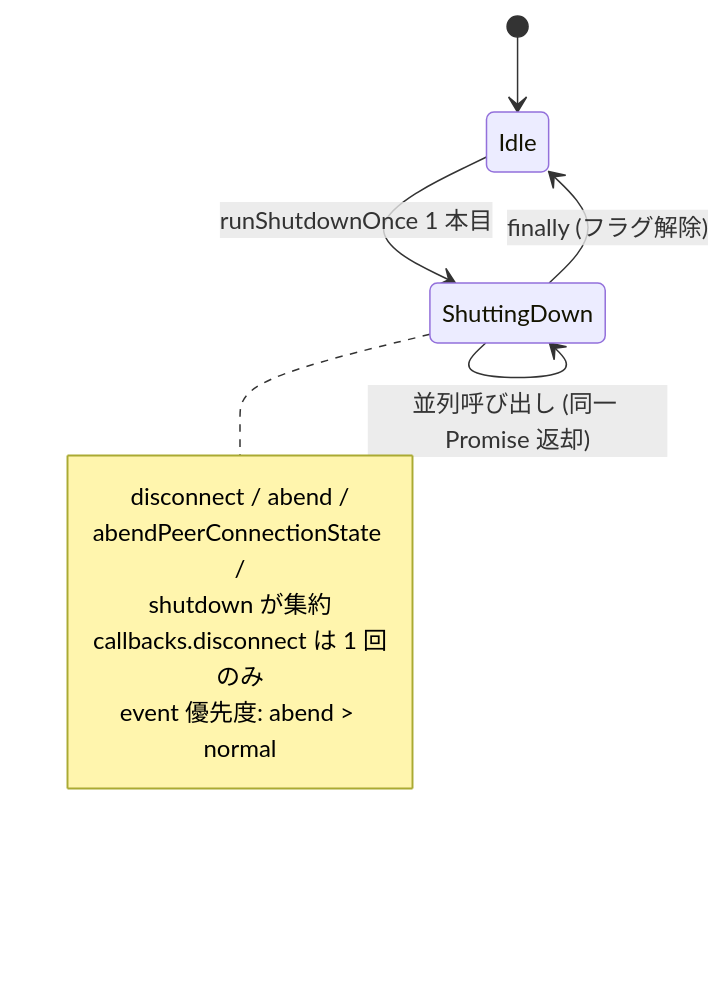
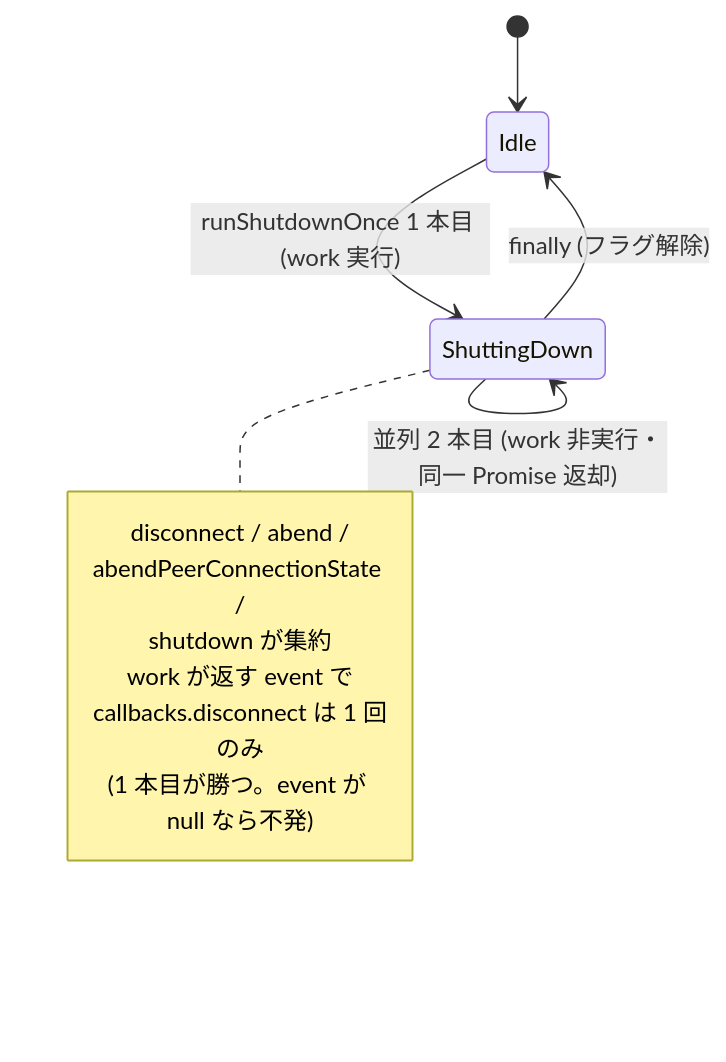
Before and after one commit to shiguredo/sora-js-sdk: the second of 2 diagrams in issues/0030-refactor-abend-shutdown-idempotency.md, drawn with Mermaid. The commit also changed other lines of this file and 33 other files, not shown here.

````diff
--- a/issues/0030-refactor-abend-shutdown-idempotency.md
+++ b/issues/0030-refactor-abend-shutdown-idempotency.md
@@ -71,15 +61,16 @@
 ```mermaid
 stateDiagram-v2
     [*] --> Idle
-    Idle --> ShuttingDown: runShutdownOnce 1 本目
-    ShuttingDown --> ShuttingDown: 並列呼び出し (同一 Promise 返却)
+    Idle --> ShuttingDown: runShutdownOnce 1 本目 (work 実行)
+    ShuttingDown --> ShuttingDown: 並列 2 本目 (work 非実行・同一 Promise 返却)
     ShuttingDown --> Idle: finally (フラグ解除)
 
     note right of ShuttingDown
         disconnect / abend /
         abendPeerConnectionState /
         shutdown が集約
+        work が返す event で
         callbacks.disconnect は 1 回のみ
-        event 優先度: abend > normal
+        (1 本目が勝つ。event が null なら不発)
     end note
 ```
````
